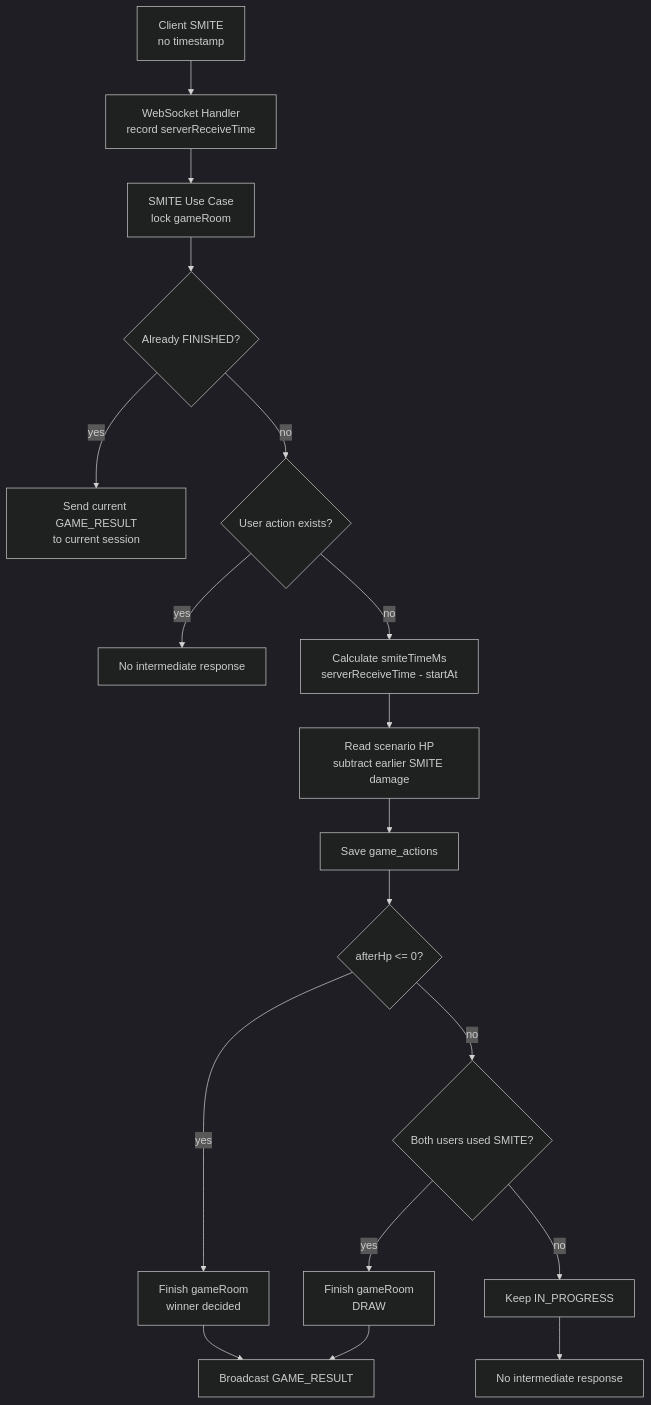
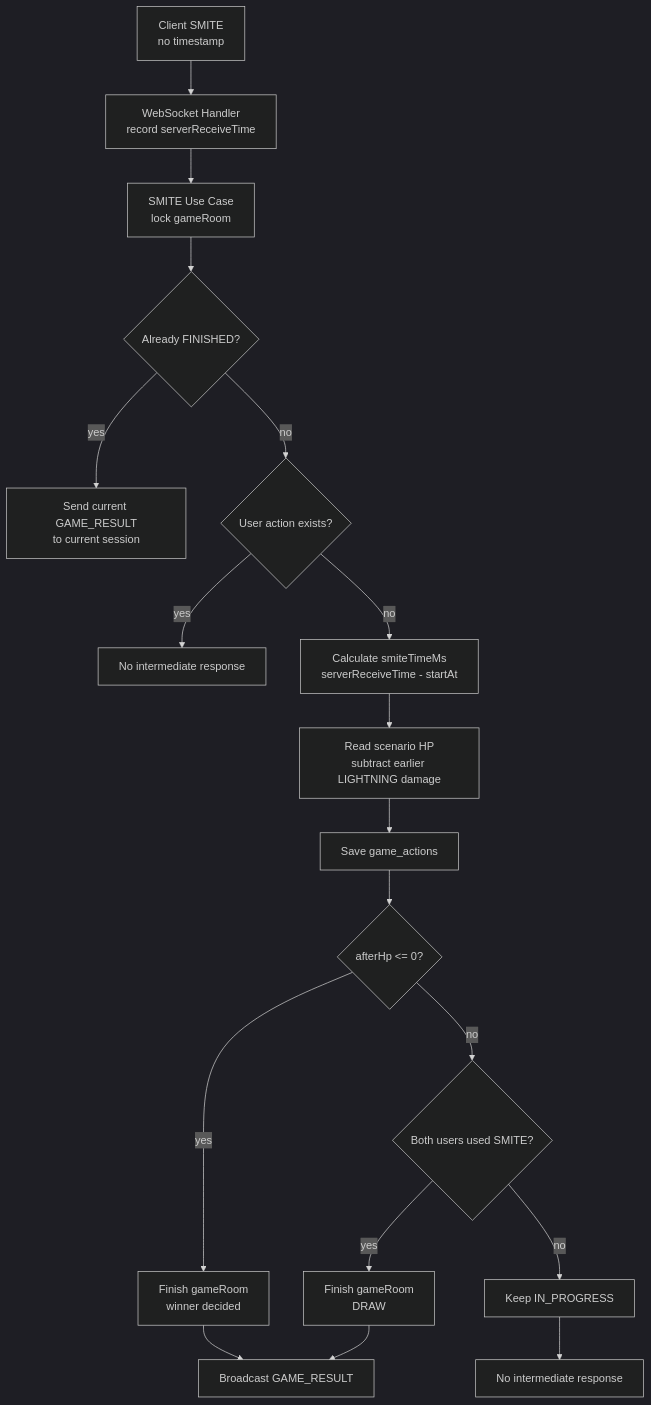
One commit to moonwhistle/League-of-Star changed the second of 5 diagrams in docs/antigravity/backend/issue-48-smite-input-server-judgement.md. Above: the diagram before and after it, drawn with Mermaid (dark theme). The commit also changed other lines of this file and 49 other files, not shown here.

````diff
--- a/docs/antigravity/backend/issue-48-smite-input-server-judgement.md
+++ b/docs/antigravity/backend/issue-48-smite-input-server-judgement.md
@@ -295,20 +295,20 @@
 ```mermaid
 flowchart TD
     A[Client SMITE<br/>no timestamp] --> B[WebSocket Handler<br/>record serverReceiveTime]
     B --> C[SMITE Use Case<br/>lock gameRoom]
     C --> D{Already FINISHED?}
     D -->|yes| E[Send current GAME_RESULT<br/>to current session]
     D -->|no| F{User action exists?}
     F -->|yes| G[No intermediate response]
     F -->|no| H[Calculate smiteTimeMs<br/>serverReceiveTime - startAt]
-    H --> I[Read scenario HP<br/>subtract earlier SMITE damage]
+    H --> I[Read scenario HP<br/>subtract earlier LIGHTNING damage]
     I --> J[Save game_actions]
     J --> K{afterHp <= 0?}
     K -->|yes| L[Finish gameRoom<br/>winner decided]
     K -->|no| M{Both users used SMITE?}
     M -->|yes| N[Finish gameRoom<br/>DRAW]
     M -->|no| O[Keep IN_PROGRESS]
     L --> P[Broadcast GAME_RESULT]
     N --> P
     O --> Q[No intermediate response]
 ```
````
